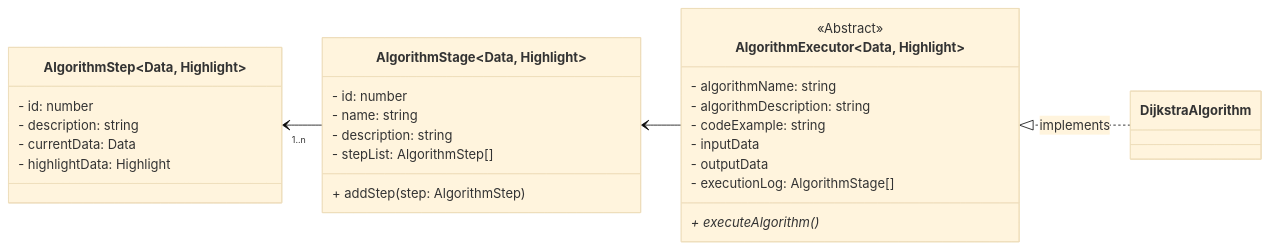
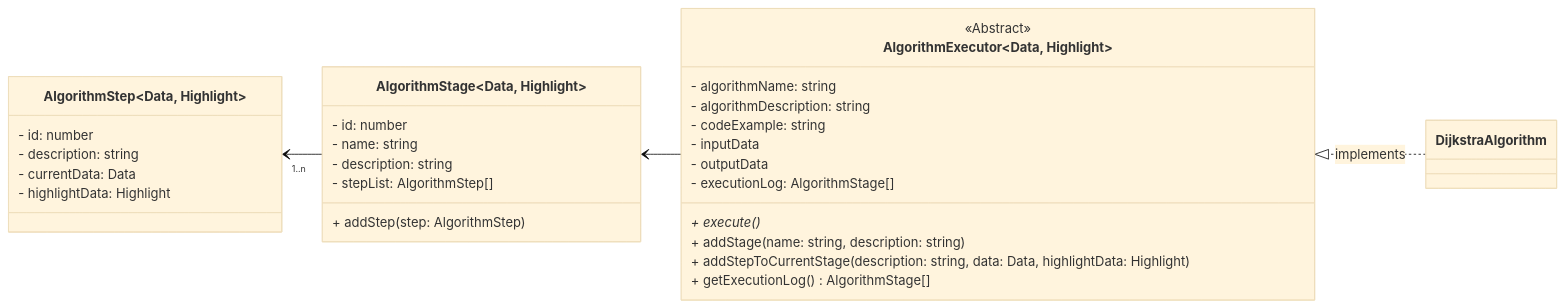
Before and after one commit to voss29/algorithm-visualizer: the second of 3 diagrams in documentation/implementation.md, drawn with Mermaid (base theme).

Commit message:
add methods to class diagram of class AlgorithmExecutor

````diff
--- a/documentation/implementation.md
+++ b/documentation/implementation.md
@@ -261,33 +261,36 @@
 ```mermaid
 classDiagram
   direction RL
 
   class AlgorithmExecutor~Data, Highlight~ {
     <<Abstract>>
     - algorithmName: string
     - algorithmDescription: string
     - codeExample: string
     - inputData
     - outputData
     - executionLog: AlgorithmStage[]
-    + executeAlgorithm()*
+    + execute()*
+    + addStage(name: string, description: string)
+    + addStepToCurrentStage(description: string, data: Data, highlightData: Highlight)
+    + getExecutionLog() AlgorithmStage[]
   }
   class AlgorithmStage~Data, Highlight~ {
     - id: number
     - name: string
     - description: string
     - stepList: AlgorithmStep[]
     + addStep(step: AlgorithmStep)
   }
   class AlgorithmStep~Data, Highlight~ {
     - id: number
     - description: string
     - currentData: Data
     - highlightData: Highlight
   }
   class DijkstraAlgorithm { }
 
   AlgorithmExecutor --> AlgorithmStage
   AlgorithmStage --> "1..n" AlgorithmStep
   DijkstraAlgorithm ..|> AlgorithmExecutor : implements
 ```
````
